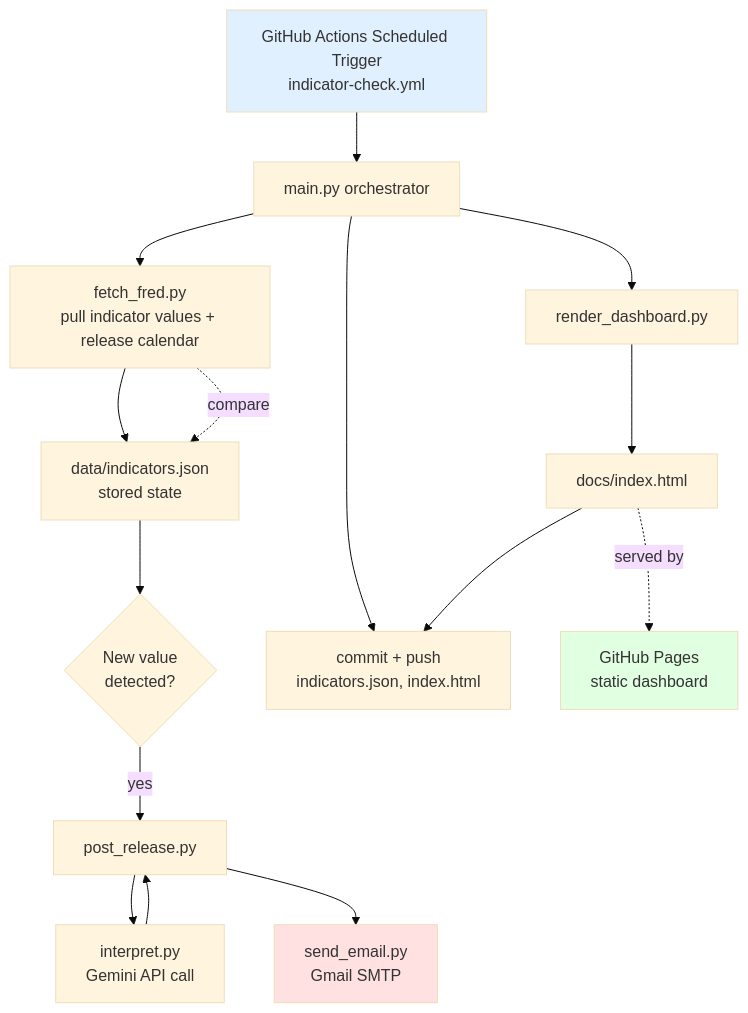
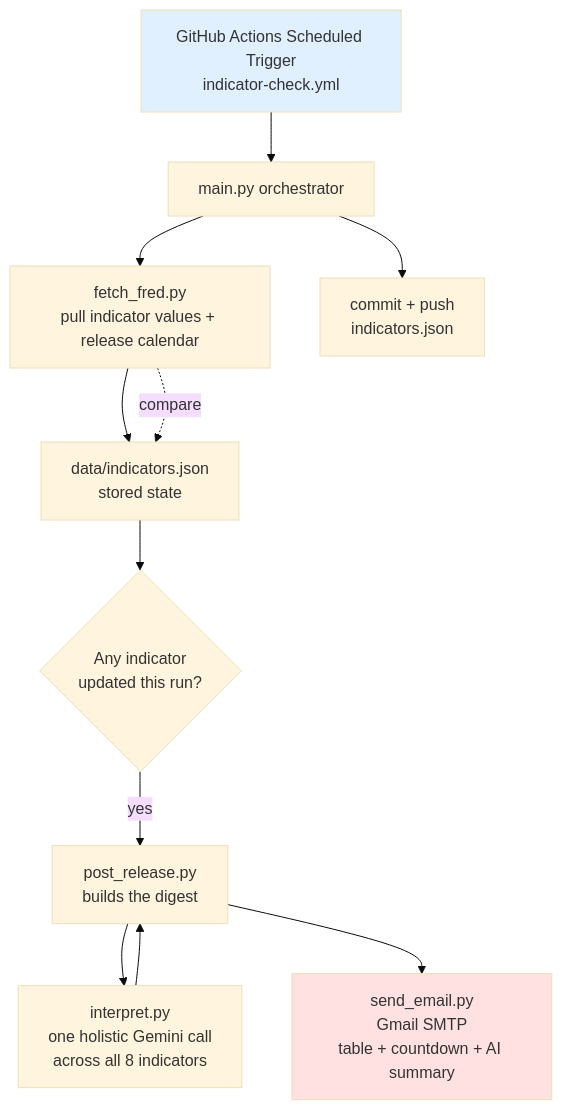
Before and after one commit to lw7ylw7y/financials: the diagram in v1_technical_design.md, drawn with Mermaid (base theme). The commit also changed other lines of this file and 10 other files, not shown here.

````diff
--- a/v1_technical_design.md
+++ b/v1_technical_design.md
@@ -10,26 +12,19 @@
 ```mermaid
 graph TD
     A[GitHub Actions Scheduled Trigger<br/>indicator-check.yml] --> B[main.py orchestrator]
 
     B --> C[fetch_fred.py<br/>pull indicator values + release calendar]
     C --> D[data/indicators.json<br/>stored state]
     C -.compare.-> D
 
-    D --> G{New value<br/>detected?}
-    G -->|yes| H[post_release.py]
-    H --> I[interpret.py<br/>Gemini API call]
+    D --> G{Any indicator<br/>updated this run?}
+    G -->|yes| H[post_release.py<br/>builds the digest]
+    H --> I[interpret.py<br/>one holistic Gemini call<br/>across all 8 indicators]
     I --> H
-    H --> J[send_email.py<br/>Gmail SMTP]
+    H --> J[send_email.py<br/>Gmail SMTP<br/>table + countdown + AI summary]
 
-    B --> K[render_dashboard.py]
-    K --> L[docs/index.html]
-
-    B --> M[commit + push<br/>indicators.json, index.html]
-    L --> M
-
-    L -.served by.-> N[GitHub Pages<br/>static dashboard]
+    B --> M[commit + push<br/>indicators.json]
 
     style A fill:#e1f0ff
     style J fill:#ffe1e1
-    style N fill:#e1ffe1
 ```
````
